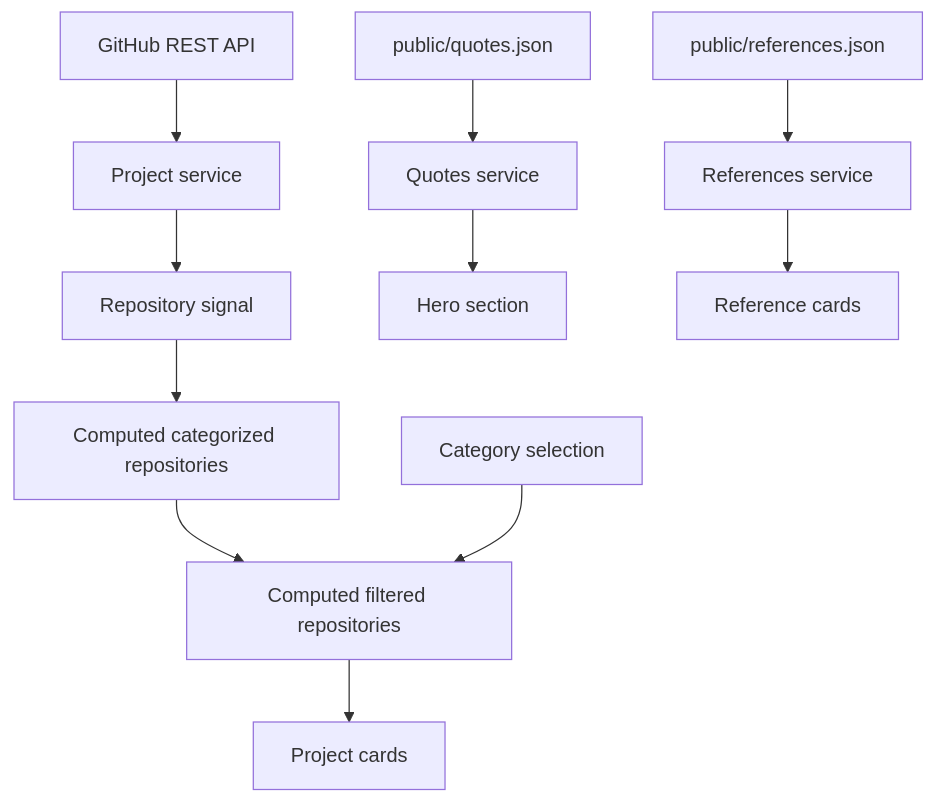
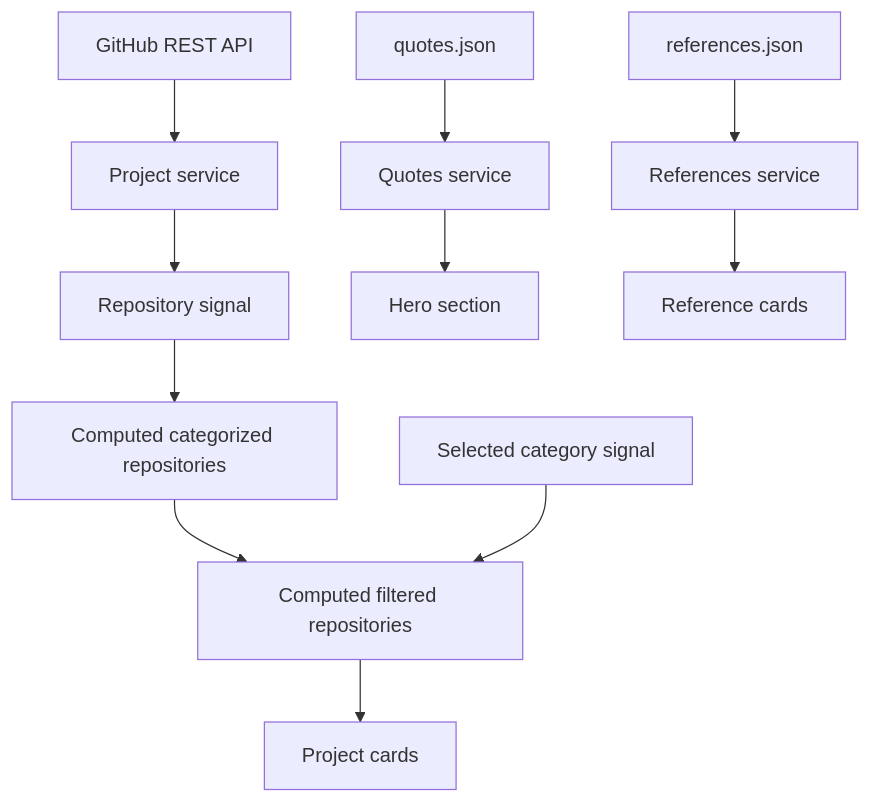
Before and after one commit to lesteriv28/profile: the first of 2 diagrams in README.md, drawn with Mermaid. The commit also changed other lines of this file, not shown here.

````diff
--- a/README.md
+++ b/README.md
@@ -50,13 +31,11 @@
 ```mermaid
 flowchart TD
     API[GitHub REST API] --> PS[Project service]
     PS --> RS[Repository signal]
     RS --> CR[Computed categorized repositories]
     CR --> FR[Computed filtered repositories]
-    UI[Category selection] --> FR
+    UI[Selected category signal] --> FR
     FR --> PC[Project cards]
-    QJ[public/quotes.json] --> QS[Quotes service]
-    QS --> H[Hero section]
-    RJ[public/references.json] --> RFS[References service]
-    RFS --> RC[Reference cards]
+    QJ[quotes.json] --> QS[Quotes service] --> H[Hero section]
+    RJ[references.json] --> RFS[References service] --> RC[Reference cards]
 ```
````
